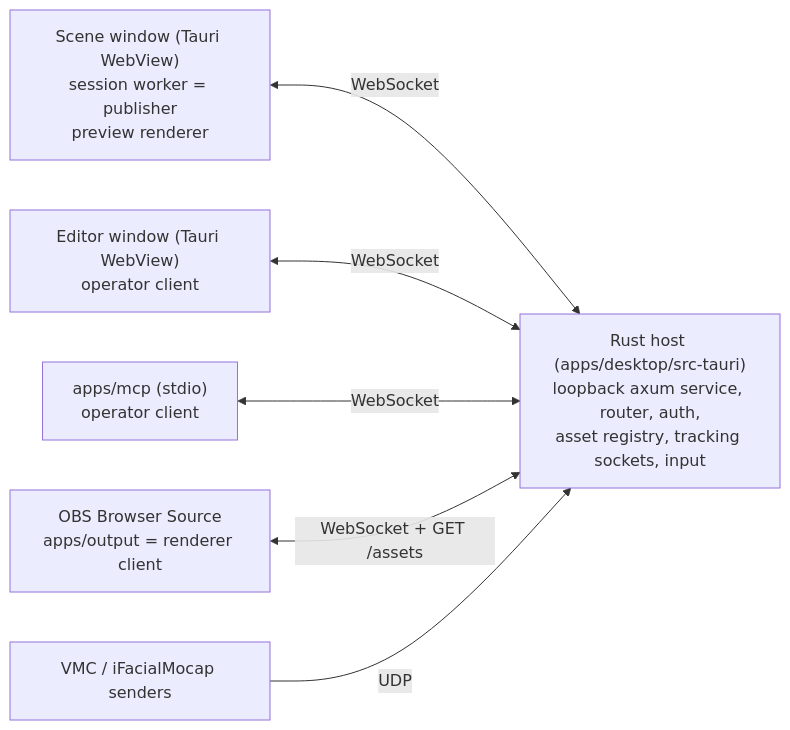
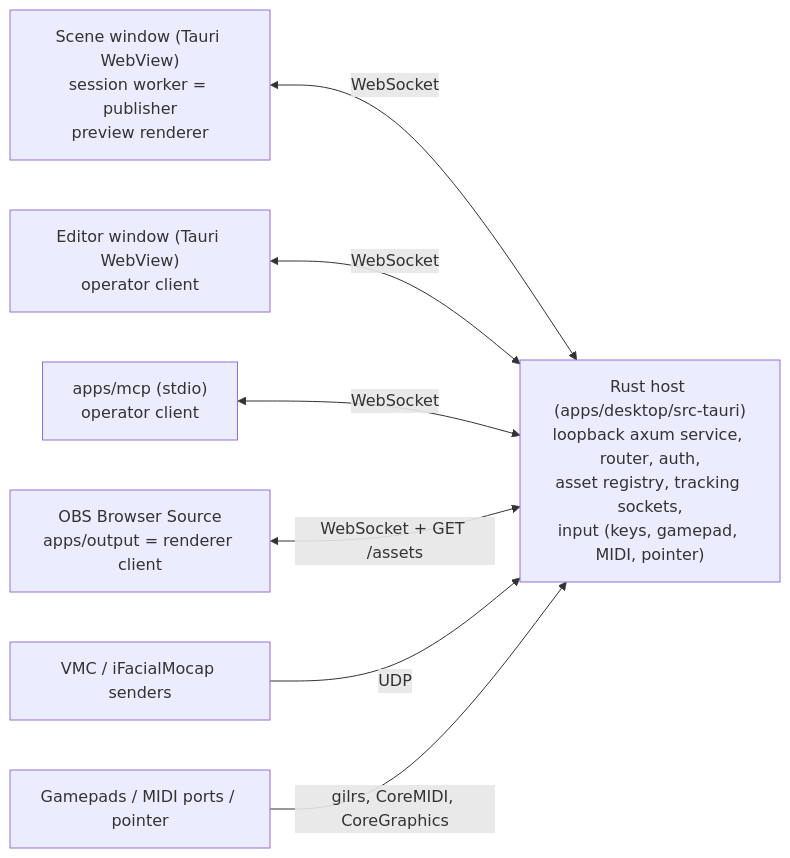
Before and after one commit to danirukun/opensekai: the diagram in ARCHITECTURE.md, drawn with Mermaid. The commit also changed other lines of this file and 1 other file, not shown here.

Commit message:
Record the B13 wave 1 slices in the architecture map and the parity checklist

````diff
--- a/ARCHITECTURE.md
+++ b/ARCHITECTURE.md
@@ -7,9 +7,10 @@
 ```mermaid
 flowchart LR
   Scene["Scene window (Tauri WebView)\nsession worker = publisher\npreview renderer"] <-->|WebSocket| Host
   Editor["Editor window (Tauri WebView)\noperator client"] <-->|WebSocket| Host
   MCP["apps/mcp (stdio)\noperator client"] <-->|WebSocket| Host
   OBS["OBS Browser Source\napps/output = renderer client"] <-->|WebSocket + GET /assets| Host
-  Host["Rust host (apps/desktop/src-tauri)\nloopback axum service, router, auth,\nasset registry, tracking sockets, input"]
+  Host["Rust host (apps/desktop/src-tauri)\nloopback axum service, router, auth,\nasset registry, tracking sockets,\ninput (keys, gamepad, MIDI, pointer)"]
   Trackers["VMC / iFacialMocap senders"] -->|UDP| Host
+  Devices["Gamepads / MIDI ports / pointer"] -->|gilrs, CoreMIDI, CoreGraphics| Host
 ```
````
